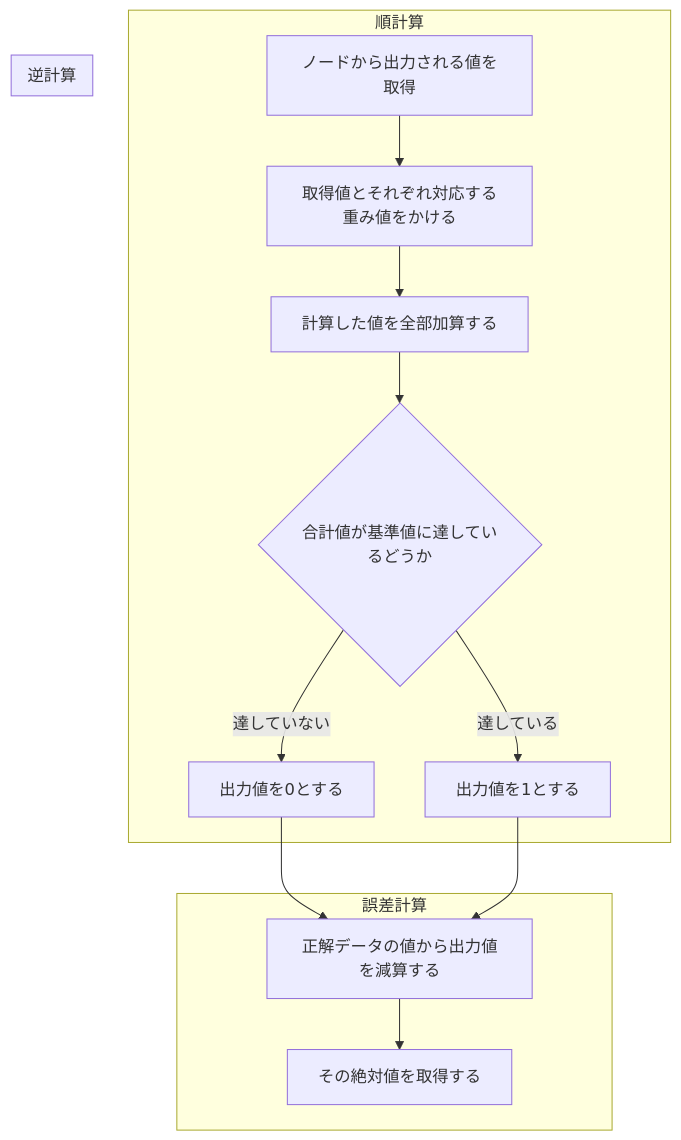
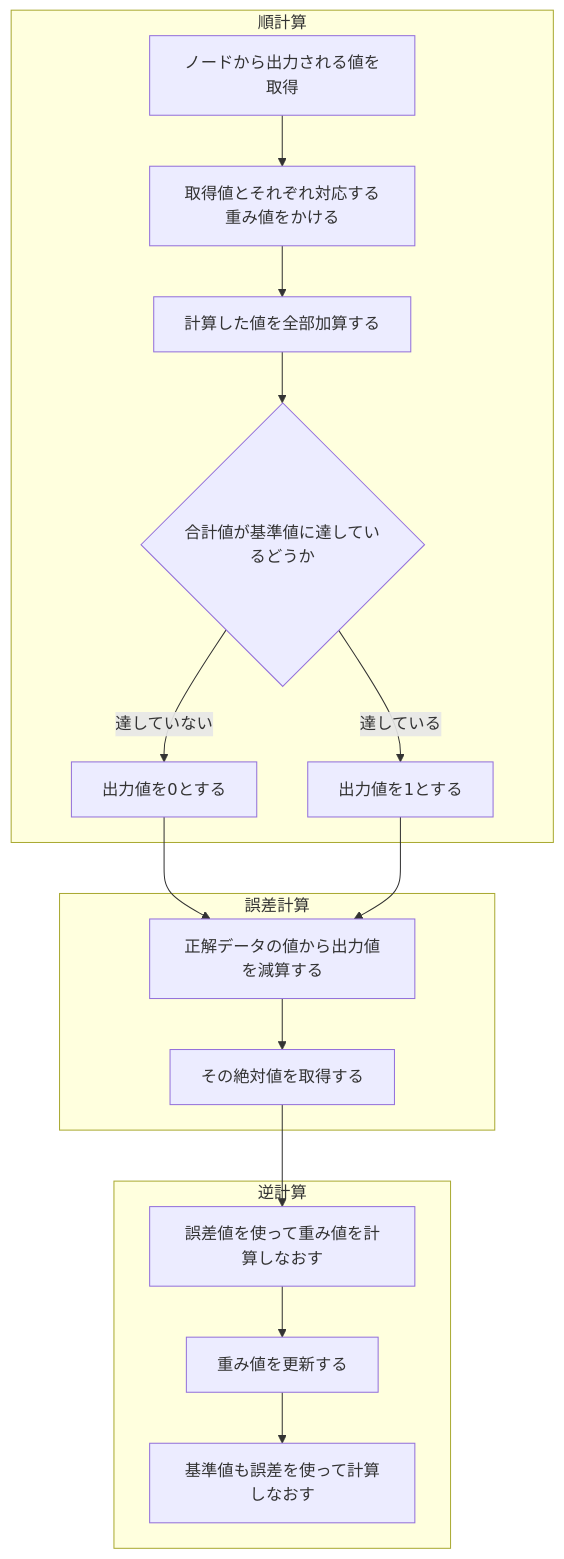
One commit to Tiamat-KIT/MarkDownMermaid changed the diagram in Perceptron.md. Above: the diagram before and after it, drawn with Mermaid.

````diff
--- a/Perceptron.md
+++ b/Perceptron.md
@@ -1,14 +1,16 @@
 ```mermaid
 flowchart TD
   subgraph ide1 [順計算]
     A[ノードから出力される値を取得] --> B[取得値とそれぞれ対応する重み値をかける] --> C[計算した値を全部加算する] --> D{合計値が基準値に達しているどうか}
     D -->|達していない| E[出力値を0とする]
     D -->|達している| F[出力値を1とする]
   end
   E & F --> G
   subgraph ide2 [誤差計算]
     G[正解データの値から出力値を減算する] --> H[その絶対値を取得する]
   end
+  H --> I
   subgraph ide3 [逆計算]
+    I[誤差値を使って重み値を計算しなおす] --> J[重み値を更新する] --> K[基準値も誤差を使って計算しなおす]
   end
 ```
````
